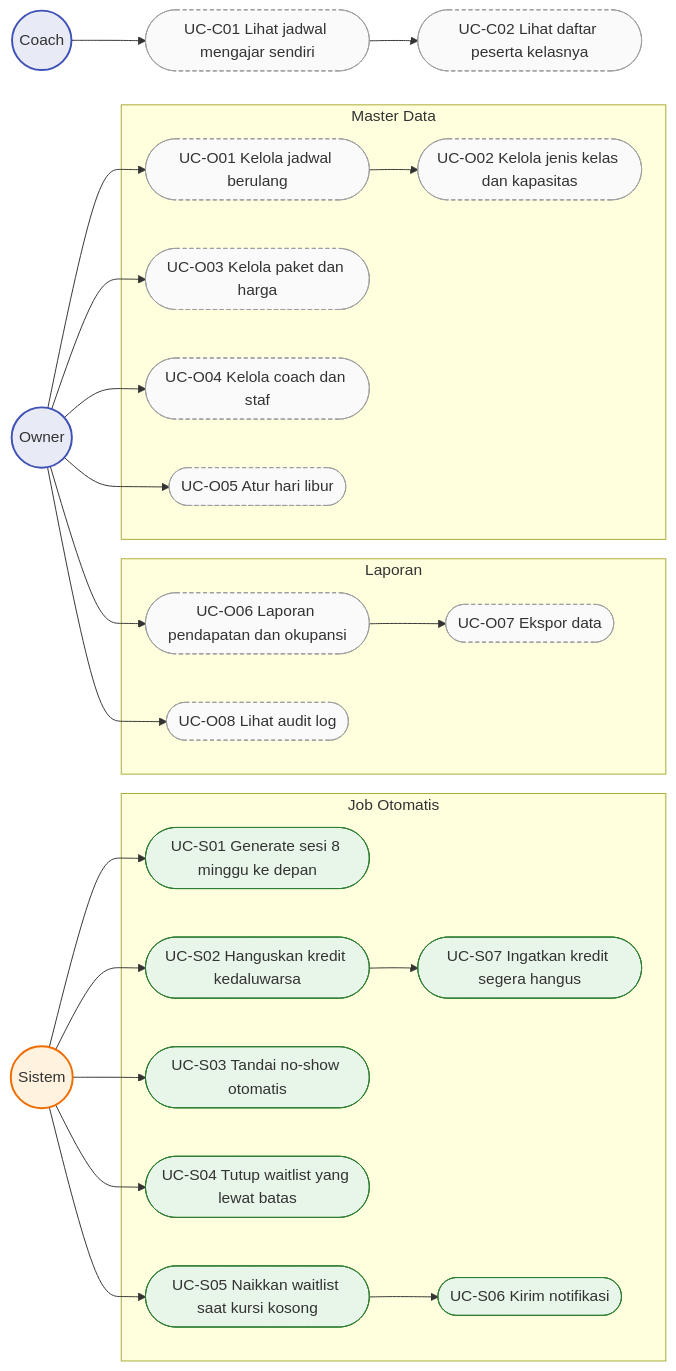
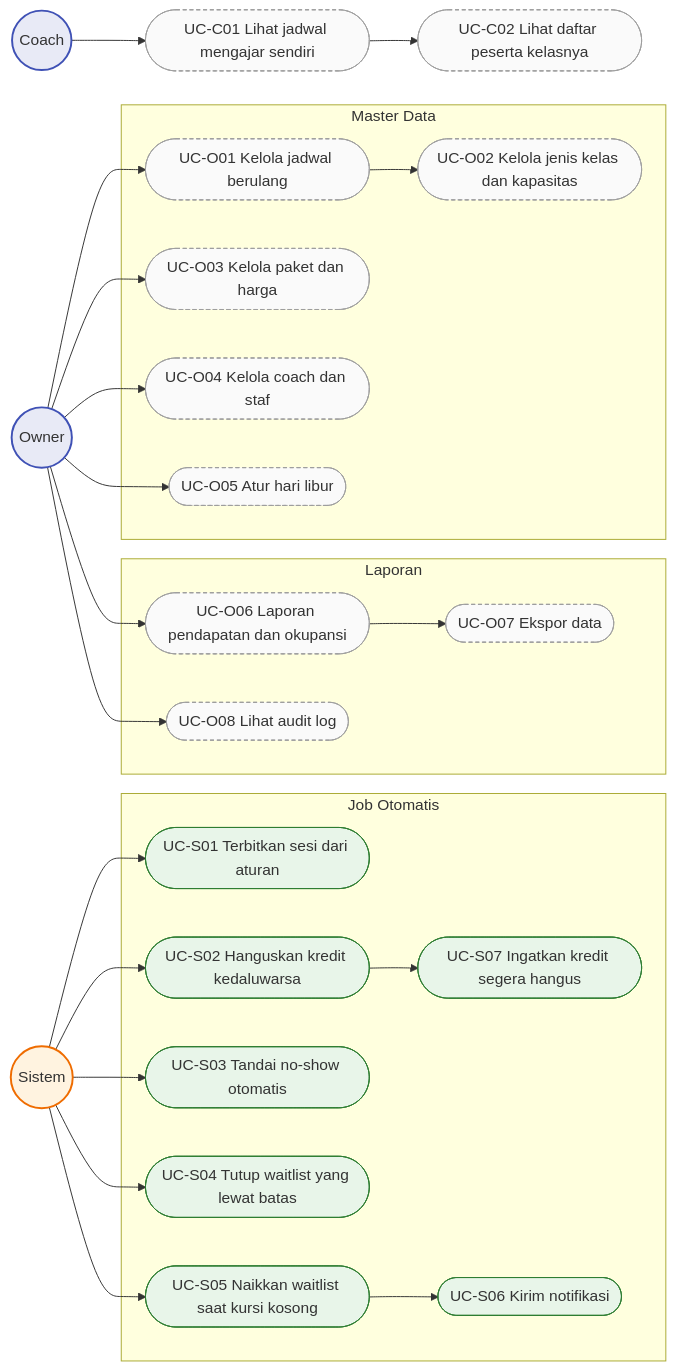
One commit to arikmhm/pilates-booking-system changed the fourth of 9 diagrams in docs/03-use-cases.md. Above: the diagram before and after it, drawn with Mermaid. The commit also changed other lines of this file and 13 other files, not shown here.

````diff
--- a/docs/03-use-cases.md
+++ b/docs/03-use-cases.md
@@ -177,51 +177,51 @@
 ```mermaid
 flowchart LR
     S(("Sistem")):::sistem
     O(("Owner")):::aktor
     C(("Coach")):::aktor
 
     subgraph JOB["Job Otomatis"]
-        S01(["UC-S01 Generate sesi 8 minggu ke depan"]):::demo
+        S01(["UC-S01 Terbitkan sesi dari aturan"]):::demo
         S02(["UC-S02 Hanguskan kredit kedaluwarsa"]):::demo
         S03(["UC-S03 Tandai no-show otomatis"]):::demo
         S04(["UC-S04 Tutup waitlist yang lewat batas"]):::demo
         S05(["UC-S05 Naikkan waitlist saat kursi kosong"]):::demo
         S06(["UC-S06 Kirim notifikasi"]):::demo
         S07(["UC-S07 Ingatkan kredit segera hangus"]):::demo
     end
 
     subgraph MASTER["Master Data"]
         O01(["UC-O01 Kelola jadwal berulang"]):::real
         O02(["UC-O02 Kelola jenis kelas dan kapasitas"]):::real
         O03(["UC-O03 Kelola paket dan harga"]):::real
         O04(["UC-O04 Kelola coach dan staf"]):::real
         O05(["UC-O05 Atur hari libur"]):::real
     end
 
     subgraph LAPOR["Laporan"]
         O06(["UC-O06 Laporan pendapatan dan okupansi"]):::real
         O07(["UC-O07 Ekspor data"]):::real
         O08(["UC-O08 Lihat audit log"]):::real
     end
 
     C01(["UC-C01 Lihat jadwal mengajar sendiri"]):::real
     C02(["UC-C02 Lihat daftar peserta kelasnya"]):::real
 
     S --> S01
     S --> S02 --> S07
     S --> S03
     S --> S04
     S --> S05 --> S06
     O --> O01 --> O02
     O --> O03
     O --> O04
     O --> O05
     O --> O06 --> O07
     O --> O08
     C --> C01 --> C02
 
     classDef aktor fill:#e8eaf6,stroke:#3f51b5,stroke-width:2px
     classDef sistem fill:#fff3e0,stroke:#ef6c00,stroke-width:2px
     classDef demo fill:#e8f5e9,stroke:#2e7d32
     classDef real fill:#fafafa,stroke:#9e9e9e,stroke-dasharray:4 3
 ```
````
